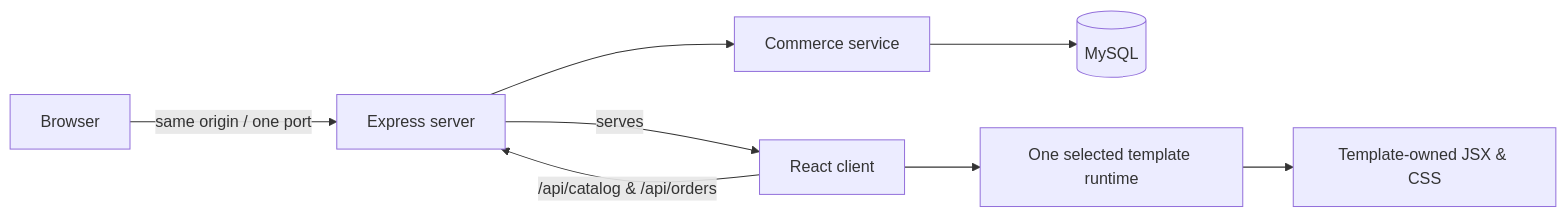
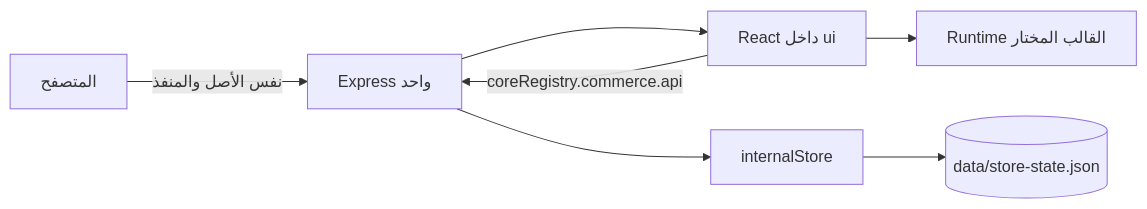
The diagram in SYSTEM-ARCHITECTURE.ar.md (aroma404/algerian-storefront-template-kit), drawn with Mermaid before and after one commit. The commit also changed other lines of this file and 48 other files, not shown here.

Commit message:
Replace external database with internal registry store

````diff
--- a/SYSTEM-ARCHITECTURE.ar.md
+++ b/SYSTEM-ARCHITECTURE.ar.md
@@ -9,10 +7,9 @@
 ```mermaid
 flowchart LR
-  B[Browser] -->|same origin / one port| E[Express server]
-  E -->|serves| R[React client]
-  R -->|/api/catalog & /api/orders| E
-  E --> S[Commerce service]
-  S --> D[(MySQL)]
-  R --> T[One selected template runtime]
-  T --> U[Template-owned JSX & CSS]
+  B[المتصفح] -->|نفس الأصل والمنفذ| E[Express واحد]
+  E --> R[React داخل ui]
+  R -->|coreRegistry.commerce.api| E
+  E --> C[internalStore]
+  C --> J[(data/store-state.json)]
+  R --> T[Runtime القالب المختار]
 ```
````
